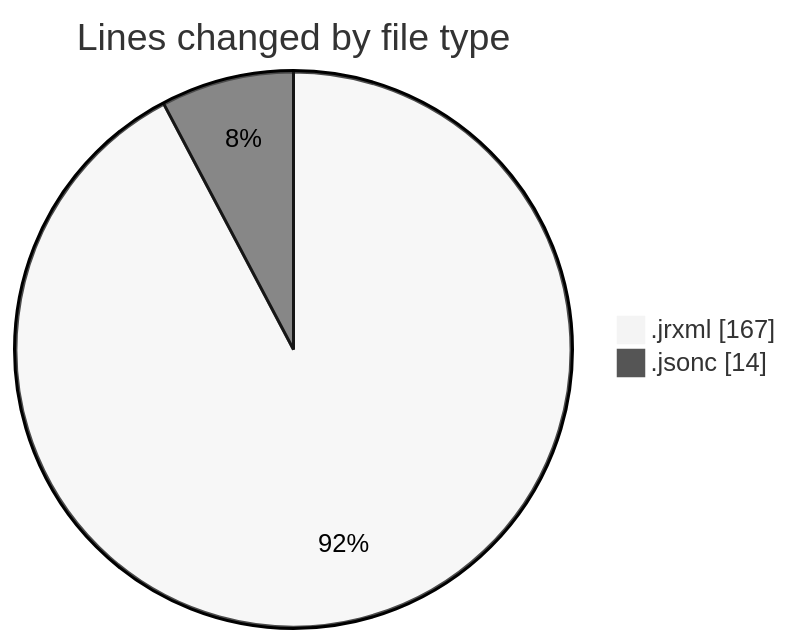
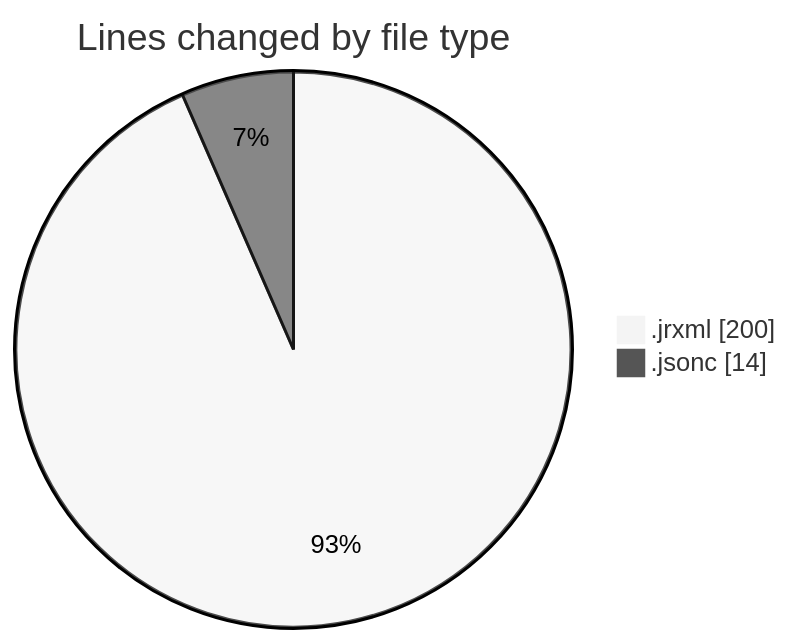
One commit to ricardozamudiocil/code-tracking changed the first of 2 diagrams in 2026-07-09/cilreports__workspace_/README.md. Above: the diagram before and after it, drawn with Mermaid (neutral theme). The commit also changed other lines of this file and 1 other file, not shown here.

````diff
--- a/2026-07-09/cilreports__workspace_/README.md
+++ b/2026-07-09/cilreports__workspace_/README.md
@@ -21,6 +21,6 @@
 ```mermaid
 pie showData
 title Lines changed by file type
-".jrxml" : 167
+".jrxml" : 200
 ".jsonc" : 14
 ```
````
